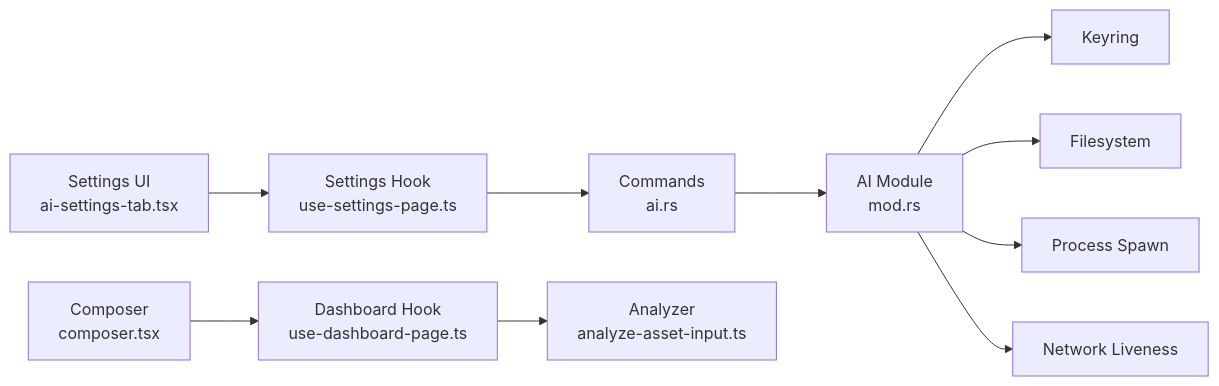
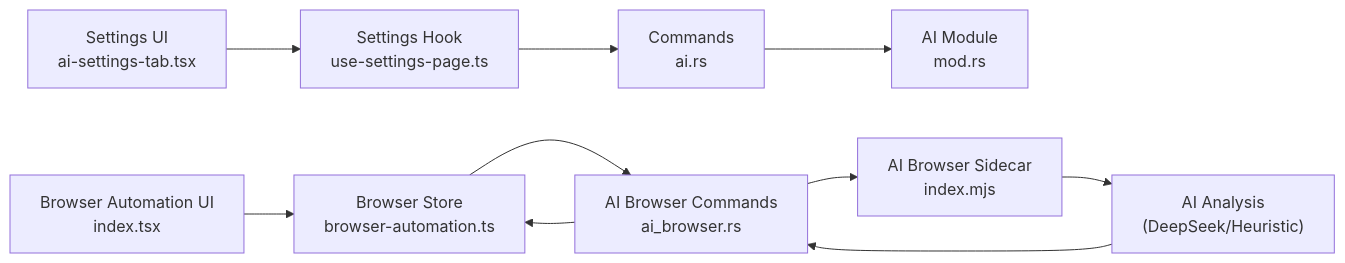
The eighth of 8 diagrams in .qoder/repowiki/en/content/AI Integration/AI Assistant System.md (arhamymr/hexbuffer), drawn with Mermaid before and after one commit. The commit also changed other lines of this file and 21 other files, not shown here.

````diff
--- a/.qoder/repowiki/en/content/AI Integration/AI Assistant System.md
+++ b/.qoder/repowiki/en/content/AI Integration/AI Assistant System.md
@@ -289,12 +394,12 @@
 ```mermaid
 graph LR
 UI["Settings UI<br/>ai-settings-tab.tsx"] --> HOOK["Settings Hook<br/>use-settings-page.ts"]
 HOOK --> CMD["Commands<br/>ai.rs"]
 CMD --> MOD["AI Module<br/>mod.rs"]
-MOD --> KR["Keyring"]
-MOD --> FS["Filesystem"]
-MOD --> PROC["Process Spawn"]
-MOD --> NET["Network Liveness"]
-DCOMP["Composer<br/>composer.tsx"] --> DH["Dashboard Hook<br/>use-dashboard-page.ts"]
-DH --> AN["Analyzer<br/>analyze-asset-input.ts"]
+UI2["Browser Automation UI<br/>index.tsx"] --> STORE["Browser Store<br/>browser-automation.ts"]
+STORE --> ABCMD["AI Browser Commands<br/>ai_browser.rs"]
+ABCMD --> SIDE["AI Browser Sidecar<br/>index.mjs"]
+SIDE --> AI["AI Analysis<br/>(DeepSeek/Heuristic)"]
+AI --> ABCMD
+ABCMD --> STORE
 ```
````
